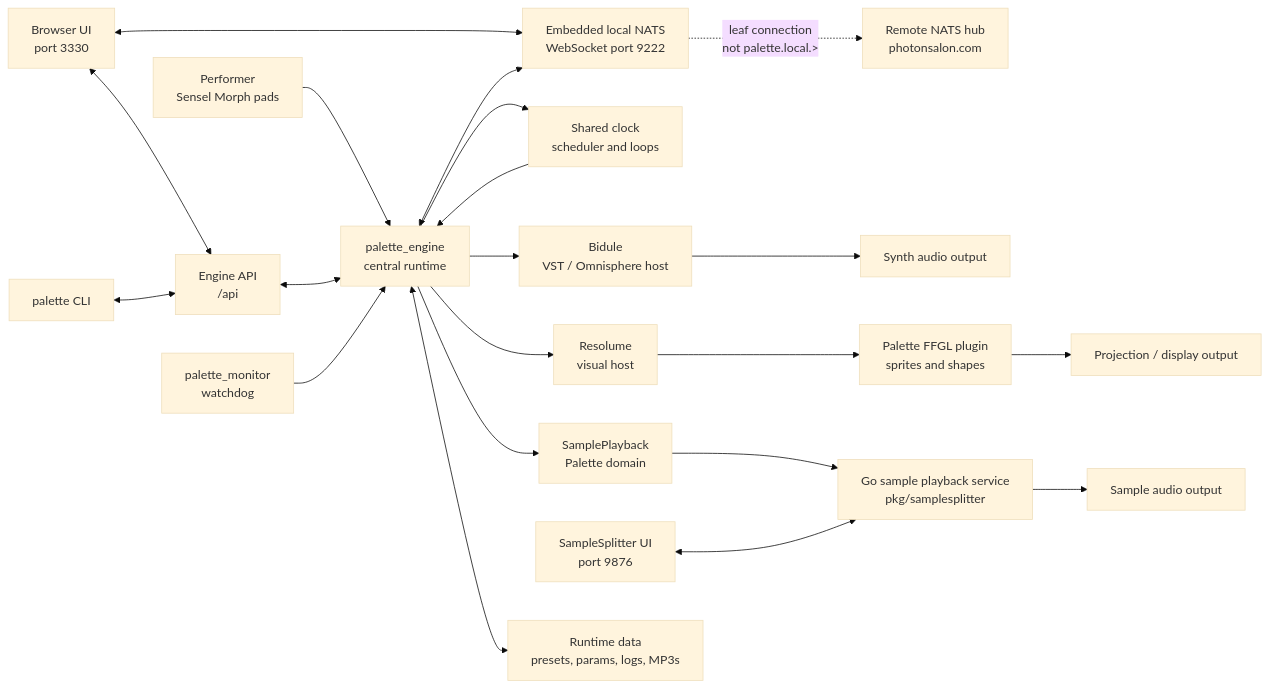
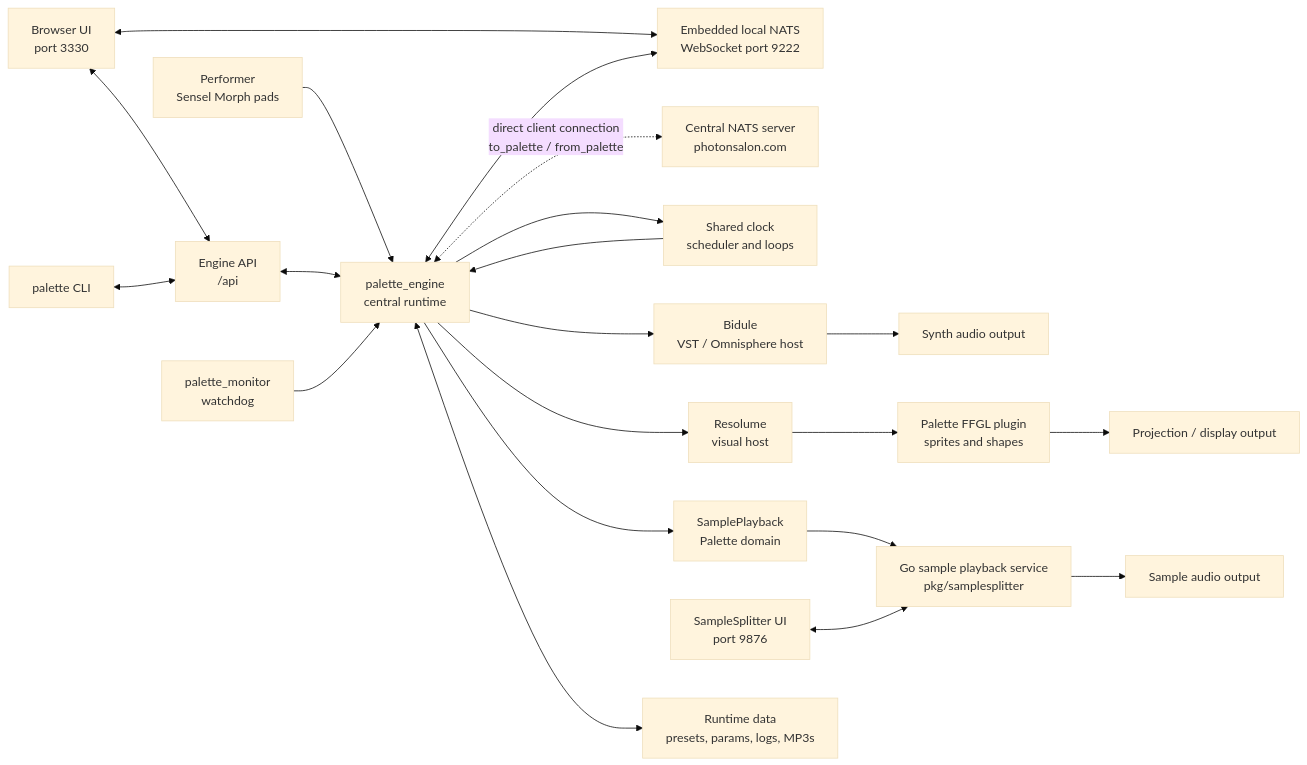
Before and after one commit to vizicist/palette: the diagram in doc/system_overview.md, drawn with Mermaid (base theme). The commit also changed other lines of this file and 25 other files, not shown here.

````diff
--- a/doc/system_overview.md
+++ b/doc/system_overview.md
@@ -48,30 +49,30 @@
 ```mermaid
 flowchart LR
     Performer["Performer\nSensel Morph pads"] --> Engine["palette_engine\ncentral runtime"]
 
     UI["Browser UI\nport 3330"] <--> API["Engine API\n/api"]
     UI <--> LocalNATS["Embedded local NATS\nWebSocket port 9222"]
     CLI["palette CLI"] <--> API
     API <--> Engine
     Engine <--> LocalNATS
-    LocalNATS -. "leaf connection\nnot palette.local.>" .-> Hub["Remote NATS hub\nphotonsalon.com"]
+    Engine <-. "direct client connection\nto_palette / from_palette" .-> Hub["Central NATS server\nphotonsalon.com"]
 
     Monitor["palette_monitor\nwatchdog"] --> Engine
 
     Engine --> Clock["Shared clock\nscheduler and loops"]
     Clock --> Engine
 
     Engine --> Bidule["Bidule\nVST / Omnisphere host"]
     Bidule --> Speakers["Synth audio output"]
 
     Engine --> Resolume["Resolume\nvisual host"]
     Resolume --> FFGL["Palette FFGL plugin\nsprites and shapes"]
     FFGL --> Display["Projection / display output"]
 
     Engine --> SamplePlayback["SamplePlayback\nPalette domain"]
     SamplePlayback --> SampleSplitter["Go sample playback service\npkg/samplesplitter"]
     SampleSplitter --> AudioOut["Sample audio output"]
     SSUI["SampleSplitter UI\nport 9876"] <--> SampleSplitter
 
     Engine <--> Data["Runtime data\npresets, params, logs, MP3s"]
 ```
````
